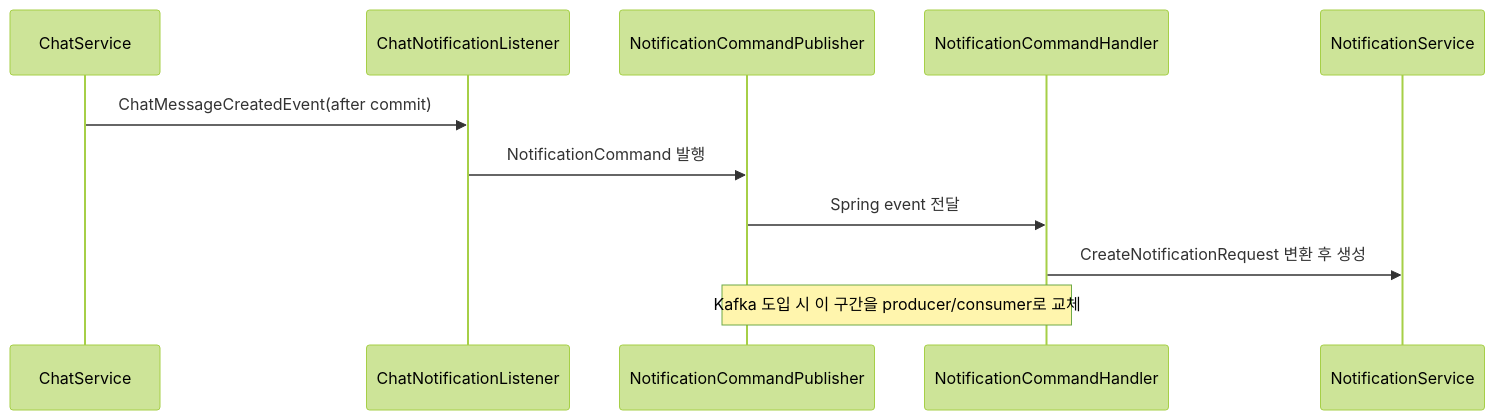
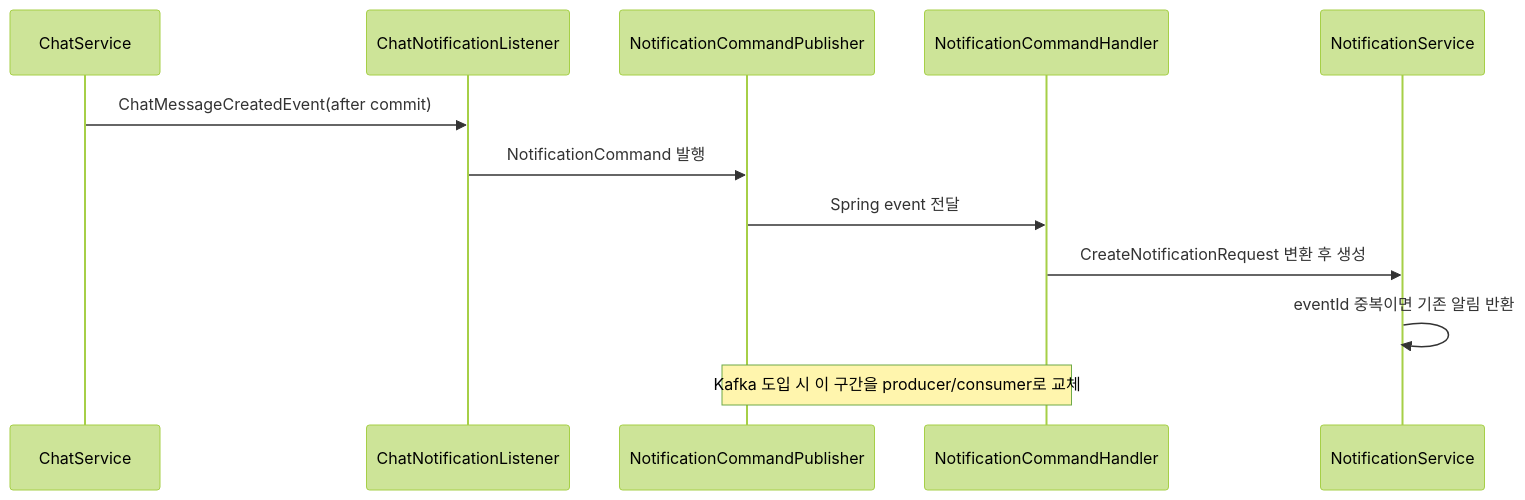
The sixth of 8 diagrams in README.md (jdhert/SceneHive), drawn with Mermaid (forest theme) before and after one commit. The commit also changed other lines of this file and 10 other files, not shown here.

````diff
--- a/README.md
+++ b/README.md
@@ -294,14 +294,15 @@
 ```mermaid
 sequenceDiagram
     participant Chat as ChatService
     participant Listener as ChatNotificationListener
     participant CommandPub as NotificationCommandPublisher
     participant Handler as NotificationCommandHandler
     participant Notification as NotificationService
 
     Chat->>Listener: ChatMessageCreatedEvent(after commit)
     Listener->>CommandPub: NotificationCommand 발행
     CommandPub->>Handler: Spring event 전달
     Handler->>Notification: CreateNotificationRequest 변환 후 생성
+    Notification->>Notification: eventId 중복이면 기존 알림 반환
     Note over CommandPub,Handler: Kafka 도입 시 이 구간을 producer/consumer로 교체
 ```
````
